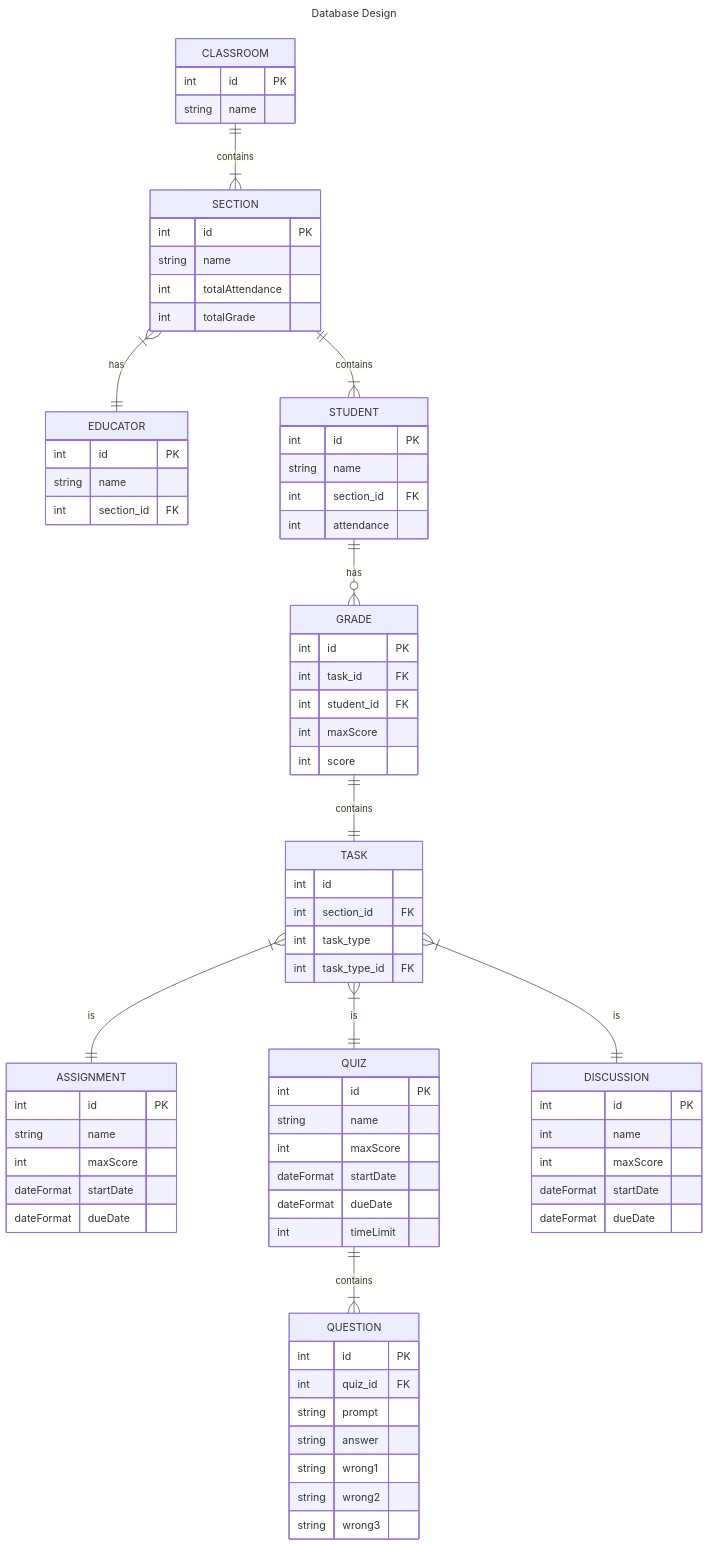
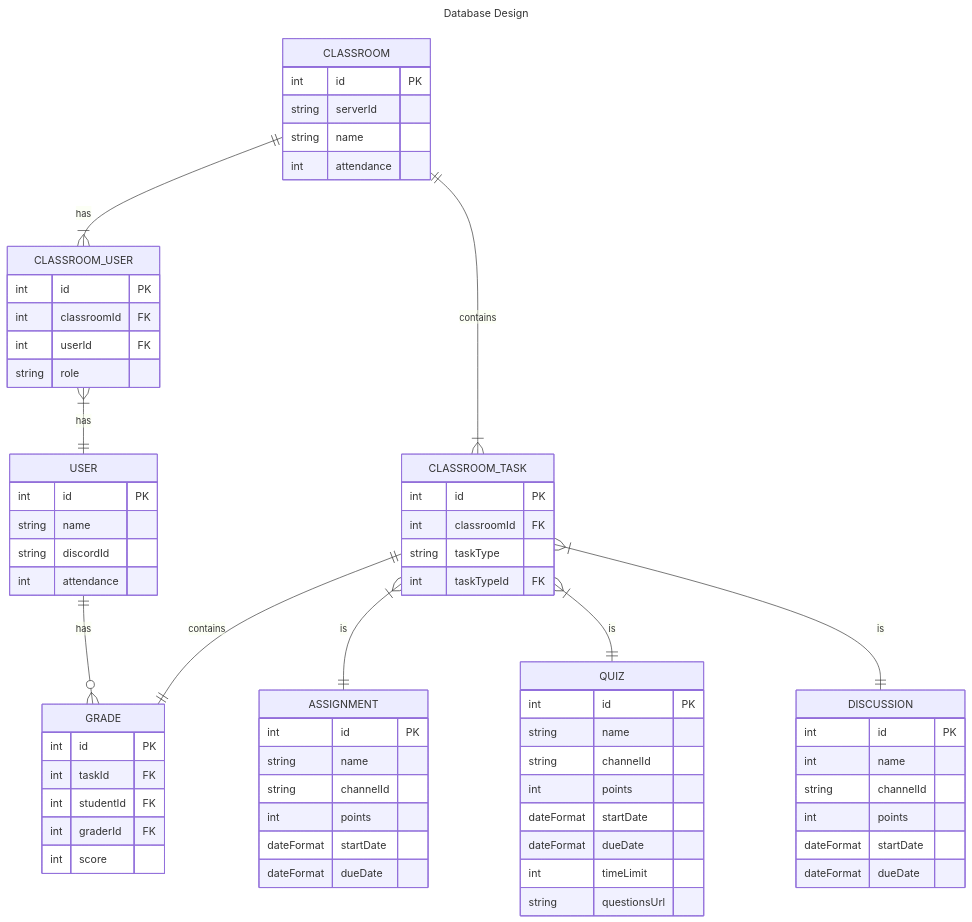
Before and after one commit to Capstone-Projects-2023-Spring/project-discord-classroom: the second of 8 diagrams in documentation/docs/system-architecture/design.md, drawn with Mermaid.

````diff
--- a/documentation/docs/system-architecture/design.md
+++ b/documentation/docs/system-architecture/design.md
@@ -50,80 +50,72 @@
 ```mermaid
 ---
 title: Database Design
 ---
 erDiagram
     CLASSROOM {
         int id PK
+        string serverId
         string name
+        int attendance
     }
-    SECTION {
+    CLASSROOM_USER {
+        int id PK
+        int classroomId FK
+        int userId FK
+        string role
+    }
+    USER {
         int id PK
         string name
-        int totalAttendance
-        int totalGrade
-    }
-    EDUCATOR {
-        int id PK
-        string name
-        int section_id FK
-    }
-    STUDENT {
-        int id PK
-        string name
-        int section_id FK
+        string discordId
         int attendance
     }
-    TASK {
-        int id
-        int section_id FK
-        int task_type
-        int task_type_id FK
+    CLASSROOM_TASK {
+        int id PK
+        int classroomId FK
+        string taskType
+        int taskTypeId FK
     }
     ASSIGNMENT {
         int id PK
         string name
-        int maxScore
+        string channelId
+        int points
         dateFormat startDate
         dateFormat dueDate
     }
     QUIZ {
         int id PK
         string name
-        int maxScore
+        string channelId
+        int points
         dateFormat startDate
         dateFormat dueDate
         int timeLimit
-    }
-    QUESTION {
-        int id PK
-        int quiz_id FK
-        string prompt
-        string answer
-        string wrong1
-        string wrong2
-        string wrong3
+        string questionsUrl
     }
     DISCUSSION {
        int id PK
        int name
-       int maxScore
+       string channelId
+       int points
        dateFormat startDate
        dateFormat dueDate 
     }
     GRADE {
         int id PK
-        int task_id FK
-        int student_id FK
-        int maxScore
+        int taskId FK
+        int studentId FK
+        int graderId FK
         int score
+
     }
-    CLASSROOM ||--|{ SECTION : contains
-    SECTION ||--|{ STUDENT : contains
-    TASK }|--|| ASSIGNMENT : is
-    TASK }|--|| QUIZ : is
-    TASK }|--|| DISCUSSION : is
-    QUIZ ||--|{ QUESTION : contains
-    STUDENT ||--o{ GRADE : has
-    SECTION }|--|| EDUCATOR : has
-    GRADE || -- || TASK : contains
+    CLASSROOM ||--|{ CLASSROOM_USER : has
+    CLASSROOM ||--|{ CLASSROOM_TASK : contains
+    CLASSROOM_TASK || -- || GRADE : contains
+    CLASSROOM_USER }|--|| USER : has
+    CLASSROOM_TASK }|--|| ASSIGNMENT : is
+    CLASSROOM_TASK }|--|| QUIZ : is
+    CLASSROOM_TASK }|--|| DISCUSSION : is
+    USER ||--o{ GRADE : has
 ```
````
